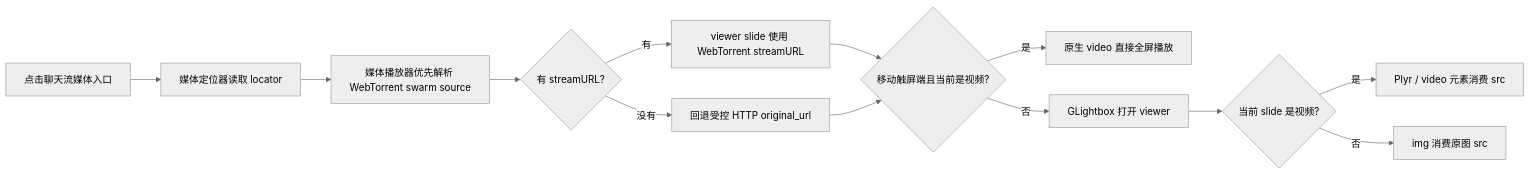
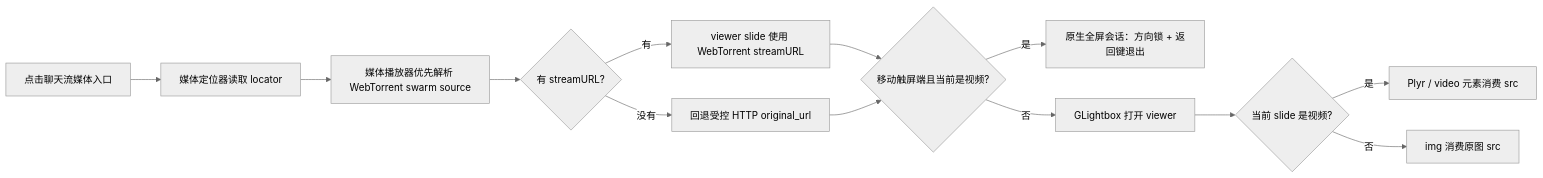
The diagram in 学习/telegram/webtorrent-media-viewer-source-contract.md (i0ivi0i/koko), drawn with Mermaid (neutral theme) before and after one commit. The commit also changed other lines of this file and 4 other files, not shown here.

````diff
--- a/学习/telegram/webtorrent-media-viewer-source-contract.md
+++ b/学习/telegram/webtorrent-media-viewer-source-contract.md
@@ -42,15 +42,15 @@
 ```mermaid
 flowchart LR
   A["点击聊天流媒体入口"] --> B["媒体定位器读取 locator"]
   B --> C["媒体播放器优先解析 WebTorrent swarm source"]
   C --> D{"有 streamURL?"}
   D -->|有| E["viewer slide 使用 WebTorrent streamURL"]
   D -->|没有| F["回退受控 HTTP original_url"]
   E --> G{"移动触屏端且当前是视频?"}
   F --> G
-  G -->|是| H["原生 video 直接全屏播放"]
+  G -->|是| H["原生全屏会话：方向锁 + 返回键退出"]
   G -->|否| I["GLightbox 打开 viewer"]
   I --> J{"当前 slide 是视频?"}
   J -->|是| K["Plyr / video 元素消费 src"]
   J -->|否| L["img 消费原图 src"]
 ```
````
